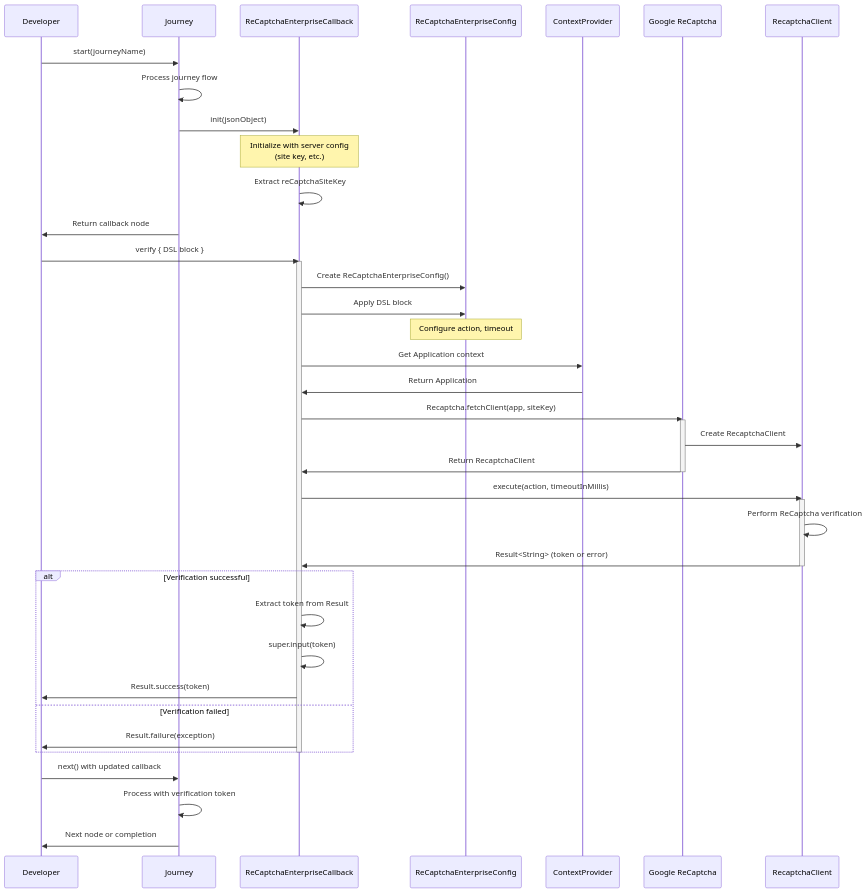
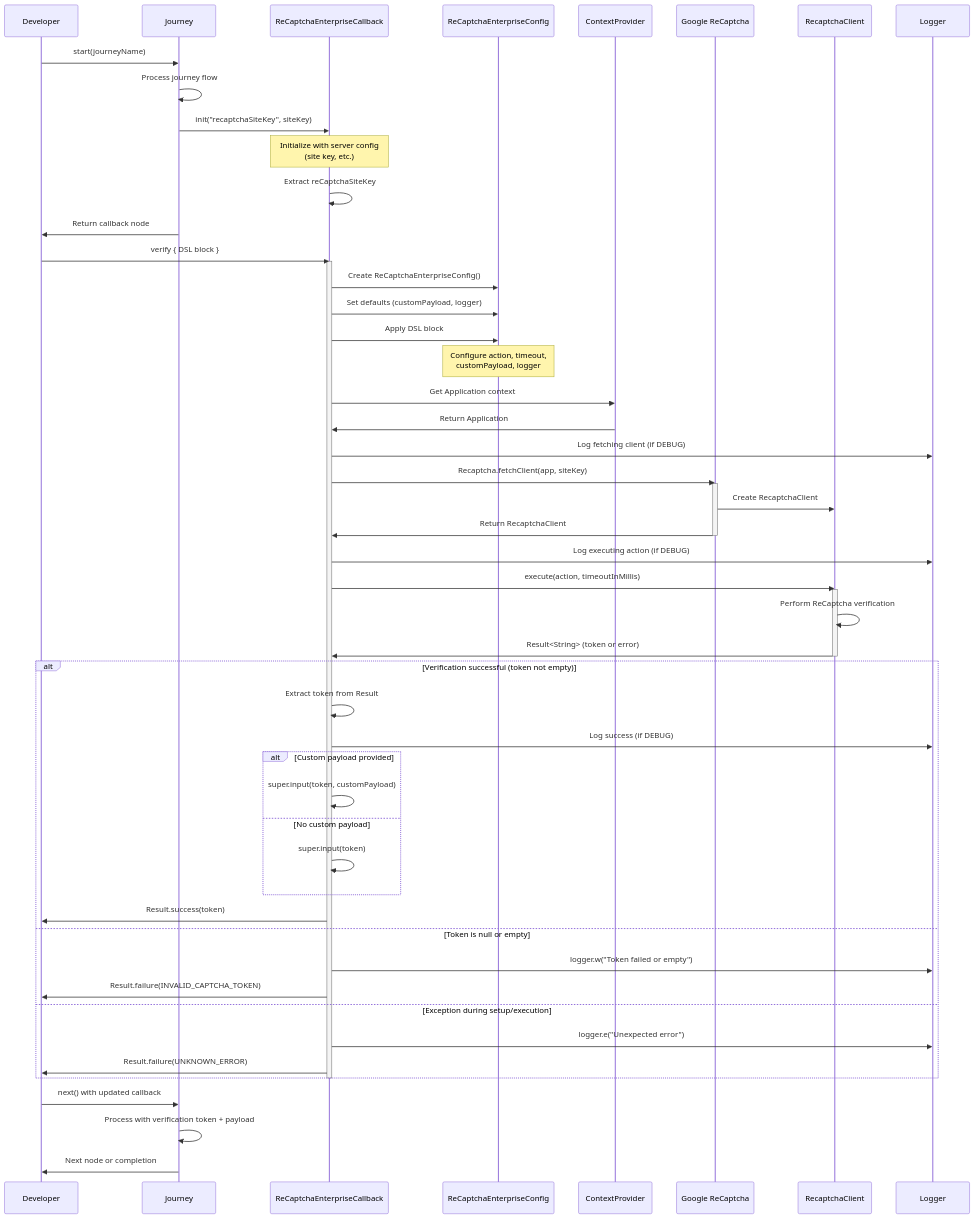
Before and after one commit to ForgeRock/ping-android-sdk: the second of 2 diagrams in recaptcha/README.md, drawn with Mermaid. The commit also changed other lines of this file, not shown here.

````diff
--- a/recaptcha/README.md
+++ b/recaptcha/README.md
@@ -249,57 +355,70 @@
 ```mermaid
 sequenceDiagram
     participant Dev as Developer
     participant Journey as Journey
     participant Callback as ReCaptchaEnterpriseCallback
     participant Config as ReCaptchaEnterpriseConfig
     participant Context as ContextProvider
     participant Google as Google ReCaptcha
     participant Client as RecaptchaClient
+    participant Logger as Logger
 
     %% Journey Flow Initialization
     Dev->>Journey: start(journeyName)
     Journey->>Journey: Process journey flow
-    Journey->>Callback: init(jsonObject)
+    Journey->>Callback: init("recaptchaSiteKey", siteKey)
     Note over Callback: Initialize with server config<br/>(site key, etc.)
     Callback->>Callback: Extract reCaptchaSiteKey
     Journey->>Dev: Return callback node
 
     %% Developer Verification Process
     Dev->>Callback: verify { DSL block }
     activate Callback
     
     %% Configuration Setup
     Callback->>Config: Create ReCaptchaEnterpriseConfig()
+    Callback->>Config: Set defaults (customPayload, logger)
     Callback->>Config: Apply DSL block
-    Note over Config: Configure action, timeout
+    Note over Config: Configure action, timeout,<br/>customPayload, logger
     
     %% Client Creation
     Callback->>Context: Get Application context
     Context->>Callback: Return Application
+    Callback->>Logger: Log fetching client (if DEBUG)
     Callback->>Google: Recaptcha.fetchClient(app, siteKey)
     activate Google
     Google->>Client: Create RecaptchaClient
     Google->>Callback: Return RecaptchaClient
     deactivate Google
     
     %% Action Execution
+    Callback->>Logger: Log executing action (if DEBUG)
     Callback->>Client: execute(action, timeoutInMillis)
     activate Client
     Client->>Client: Perform ReCaptcha verification
     Client->>Callback: Result<String> (token or error)
     deactivate Client
     
-    alt Verification successful
+    alt Verification successful (token not empty)
         Callback->>Callback: Extract token from Result
-        Callback->>Callback: super.input(token)
+        Callback->>Logger: Log success (if DEBUG)
+        alt Custom payload provided
+            Callback->>Callback: super.input(token, customPayload)
+        else No custom payload
+            Callback->>Callback: super.input(token)
+        end
         Callback->>Dev: Result.success(token)
-    else Verification failed
-        Callback->>Dev: Result.failure(exception)
+    else Token is null or empty
+        Callback->>Logger: logger.w("Token failed or empty")
+        Callback->>Dev: Result.failure(INVALID_CAPTCHA_TOKEN)
+    else Exception during setup/execution
+        Callback->>Logger: logger.e("Unexpected error")
+        Callback->>Dev: Result.failure(UNKNOWN_ERROR)
     end
     deactivate Callback
     
     %% Continue Journey Flow
     Dev->>Journey: next() with updated callback
-    Journey->>Journey: Process with verification token
+    Journey->>Journey: Process with verification token + payload
     Journey->>Dev: Next node or completion
 ```
````
